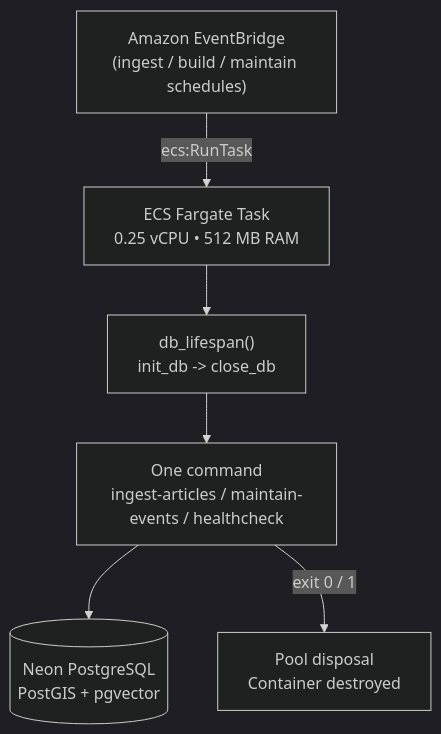
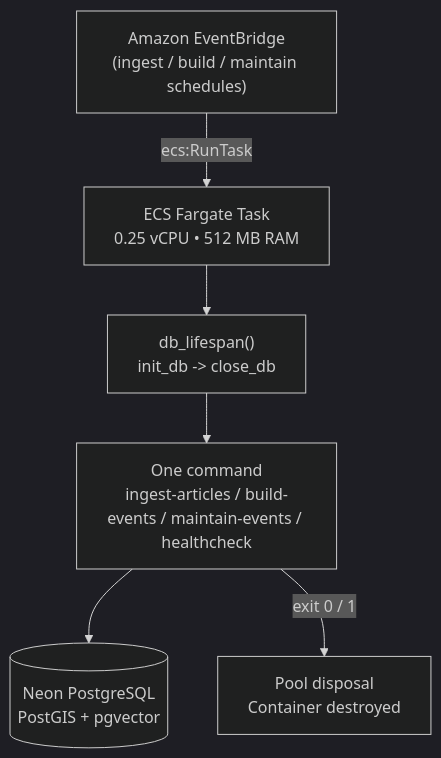
Before and after one commit to paavann/hermes: the first of 3 diagrams in apps/hermes-worker/docs/architecture.md, drawn with Mermaid (dark theme). The commit also changed other lines of this file and 19 other files, not shown here.

````diff
--- a/apps/hermes-worker/docs/architecture.md
+++ b/apps/hermes-worker/docs/architecture.md
@@ -11,8 +11,8 @@
 ```mermaid
 flowchart TB
     EventBridge["Amazon EventBridge\n(ingest / build / maintain schedules)"] -->|"ecs:RunTask"| Fargate["ECS Fargate Task\n0.25 vCPU • 512 MB RAM"]
     Fargate --> Lifespan["db_lifespan()\ninit_db -> close_db"]
-    Lifespan --> Command["One command\ningest-articles / maintain-events / healthcheck"]
+    Lifespan --> Command["One command\ningest-articles / build-events / maintain-events / healthcheck"]
     Command --> Neon[("Neon PostgreSQL\nPostGIS + pgvector")]
     Command -->|"exit 0 / 1"| Teardown["Pool disposal\nContainer destroyed"]
 ```
````
